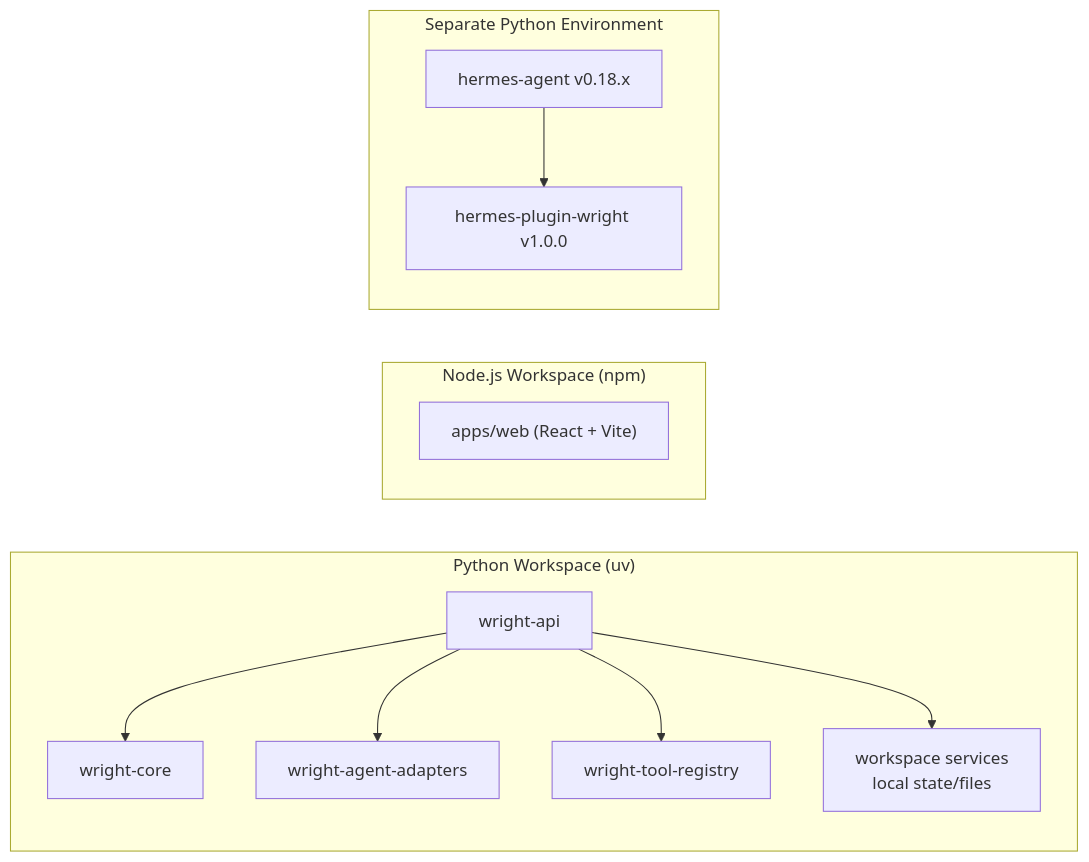
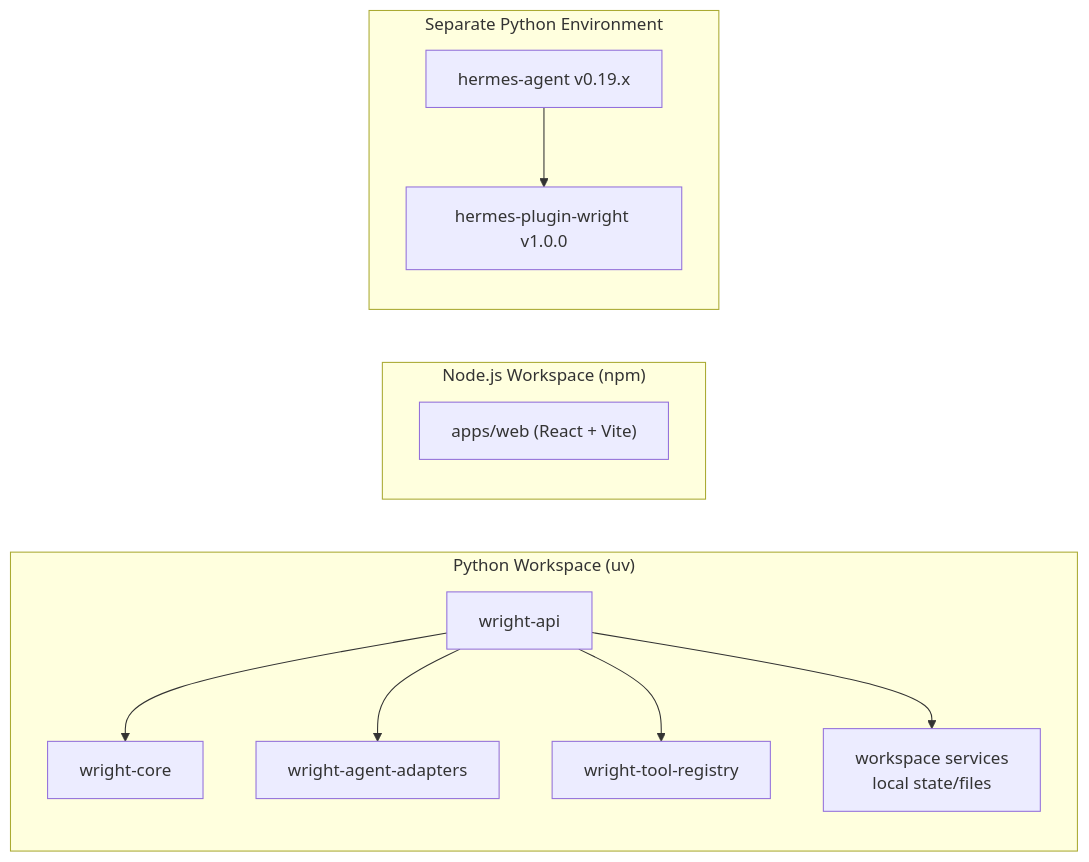
The second of 8 diagrams in docs/deployment-configurations.md (burhop/wright), drawn with Mermaid before and after one commit. The commit also changed other lines of this file and 13 other files, not shown here.

````diff
--- a/docs/deployment-configurations.md
+++ b/docs/deployment-configurations.md
@@ -125,24 +125,24 @@
 ```mermaid
 graph LR
     subgraph "Python Workspace (uv)"
         API["wright-api"]
         CORE["wright-core"]
         AA["wright-agent-adapters"]
         TR["wright-tool-registry"]
         WS["workspace services<br/>local state/files"]
         API --> CORE
         API --> AA
         API --> TR
         API --> WS
     end
 
     subgraph "Node.js Workspace (npm)"
         WEB["apps/web (React + Vite)"]
     end
 
     subgraph "Separate Python Environment"
-        HERMES["hermes-agent v0.18.x"]
+        HERMES["hermes-agent v0.19.x"]
         PLUGIN["hermes-plugin-wright v1.0.0"]
         HERMES --> PLUGIN
     end
 ```
````
